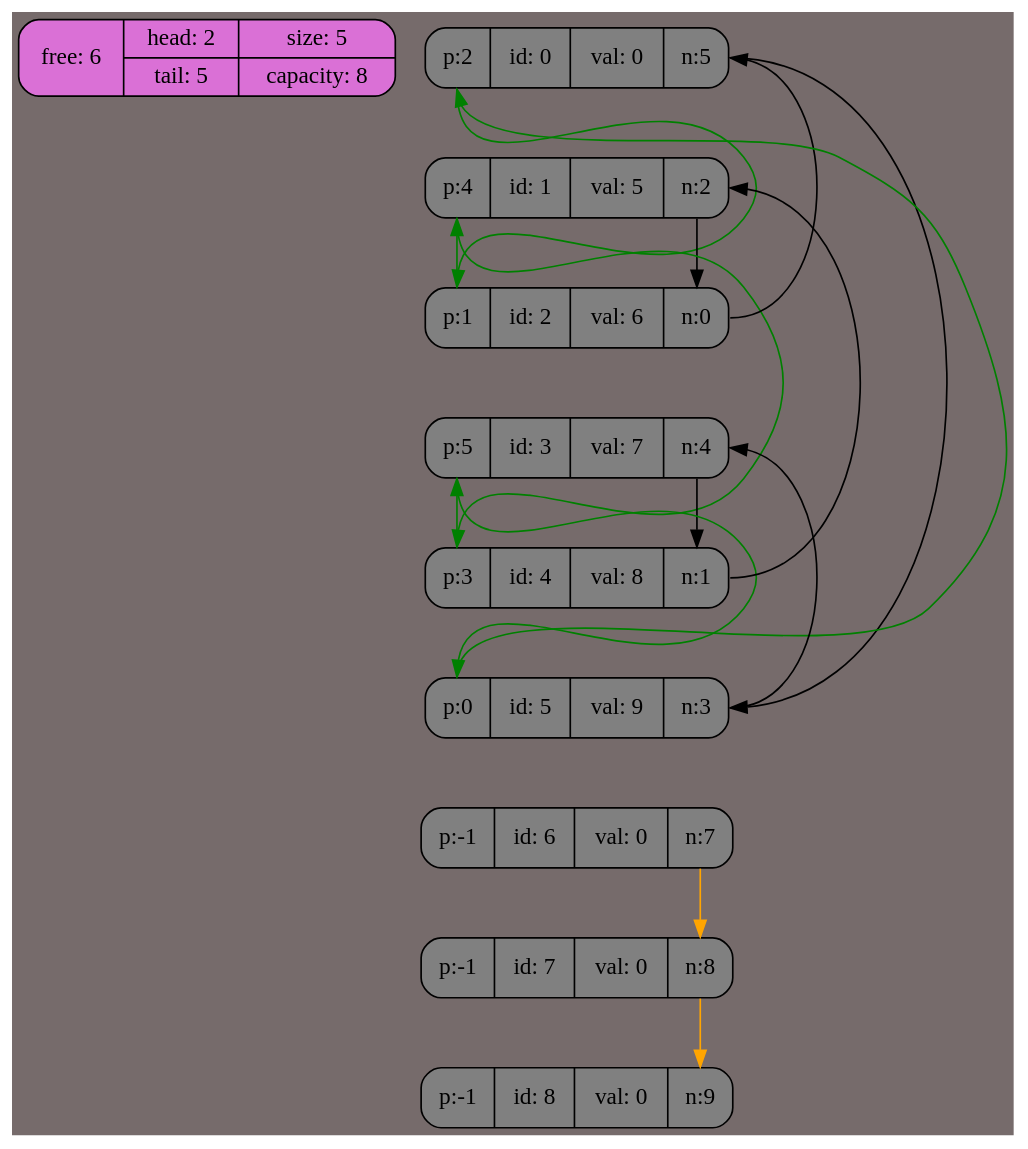
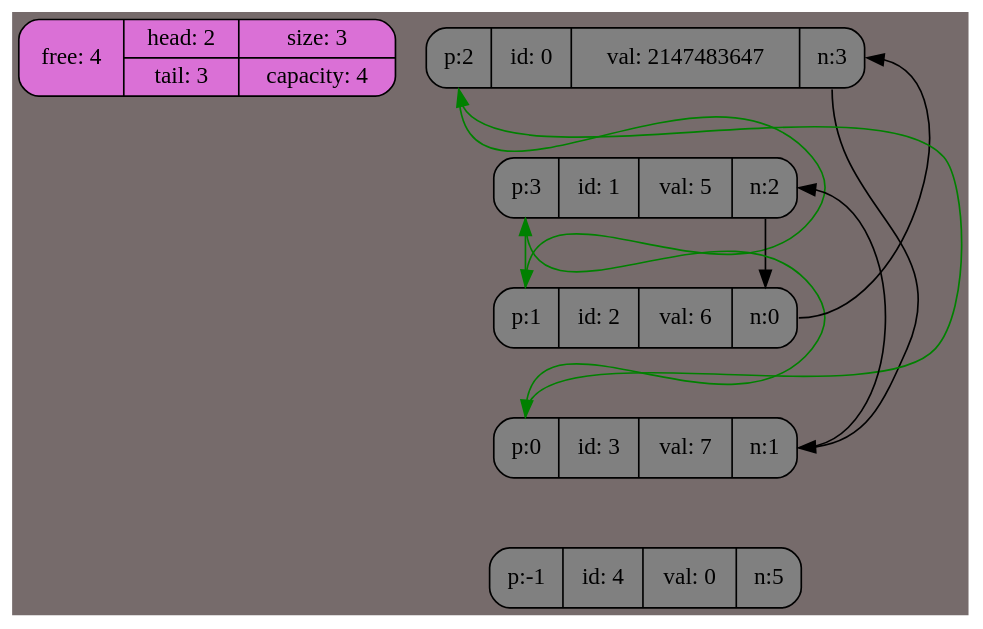
Before and after one commit to Gris-a/list-usable: the diagram in dump/source/list_dump0.dot, drawn with Graphviz. The commit also changed 10 other files, not shown here.

```diff
--- a/dump/source/list_dump0.dot
+++ b/dump/source/list_dump0.dot
@@ -1,38 +1,24 @@
-digraph            
-{                  
+digraph             
+{                   
 bgcolor ="#766B6B"
-ranksep = equally  
+ranksep = equally   
 node[shape = Mrecord; style=filled; fillcolor="gray"];
-nodel[label = "free: 6|{head: 2|tail: 5}|{size: 5|capacity: 8}"; fillcolor = "orchid"]
-node0[label = "<prev> p:2 | <id> id: 0 | <val> val:    0 | <next> n:5"];
-node1[label = "<prev> p:4 | <id> id: 1 | <val> val:    5 | <next> n:2"];
-node2[label = "<prev> p:1 | <id> id: 2 | <val> val:    6 | <next> n:0"];
-node3[label = "<prev> p:5 | <id> id: 3 | <val> val:    7 | <next> n:4"];
-node4[label = "<prev> p:3 | <id> id: 4 | <val> val:    8 | <next> n:1"];
-node5[label = "<prev> p:0 | <id> id: 5 | <val> val:    9 | <next> n:3"];
-node6[label = "<prev> p:-1 | <id> id: 6 | <val> val:    0 | <next> n:7"];
-node7[label = "<prev> p:-1 | <id> id: 7 | <val> val:    0 | <next> n:8"];
-node8[label = "<prev> p:-1 | <id> id: 8 | <val> val:    0 | <next> n:9"];
+nodel[label = "free: 4|{head: 2|tail: 3}|{size: 3|capacity: 4}"; fillcolor = "orchid"]
+node0[label = "<prev> p:2 | <id> id: 0 | <val> val: 2147483647 | <next> n:3"];
+node1[label = "<prev> p:3 | <id> id: 1 | <val> val:          5 | <next> n:2"];
+node2[label = "<prev> p:1 | <id> id: 2 | <val> val:          6 | <next> n:0"];
+node3[label = "<prev> p:0 | <id> id: 3 | <val> val:          7 | <next> n:1"];
+node4[label = "<prev> p:-1 | <id> id: 4 | <val> val:          0 | <next> n:5"];
 node0 -> node1[style="invis"; weight = 100];
 node1 -> node2[style="invis"; weight = 100];
 node2 -> node3[style="invis"; weight = 100];
 node3 -> node4[style="invis"; weight = 100];
-node4 -> node5[style="invis"; weight = 100];
-node5 -> node6[style="invis"; weight = 100];
-node6 -> node7[style="invis"; weight = 100];
-node7 -> node8[style="invis"; weight = 100];
-node0:<next> -> node5:<next>[color = "black"; constraint = false];
+node0:<next> -> node3:<next>[color = "black"; constraint = false];
 node0:<prev> -> node2:<prev>[color = "green"; constraint = false];
 node1:<next> -> node2:<next>[color = "black"; constraint = false];
-node1:<prev> -> node4:<prev>[color = "green"; constraint = false];
+node1:<prev> -> node3:<prev>[color = "green"; constraint = false];
 node2:<next> -> node0:<next>[color = "black"; constraint = false];
 node2:<prev> -> node1:<prev>[color = "green"; constraint = false];
-node3:<next> -> node4:<next>[color = "black"; constraint = false];
-node3:<prev> -> node5:<prev>[color = "green"; constraint = false];
-node4:<next> -> node1:<next>[color = "black"; constraint = false];
-node4:<prev> -> node3:<prev>[color = "green"; constraint = false];
-node5:<next> -> node3:<next>[color = "black"; constraint = false];
-node5:<prev> -> node0:<prev>[color = "green"; constraint = false];
-node6:<next> -> node7:<next>[color = "orange"; constraint = false];
-node7:<next> -> node8:<next>[color = "orange"; constraint = false];
+node3:<next> -> node1:<next>[color = "black"; constraint = false];
+node3:<prev> -> node0:<prev>[color = "green"; constraint = false];
 }
```
